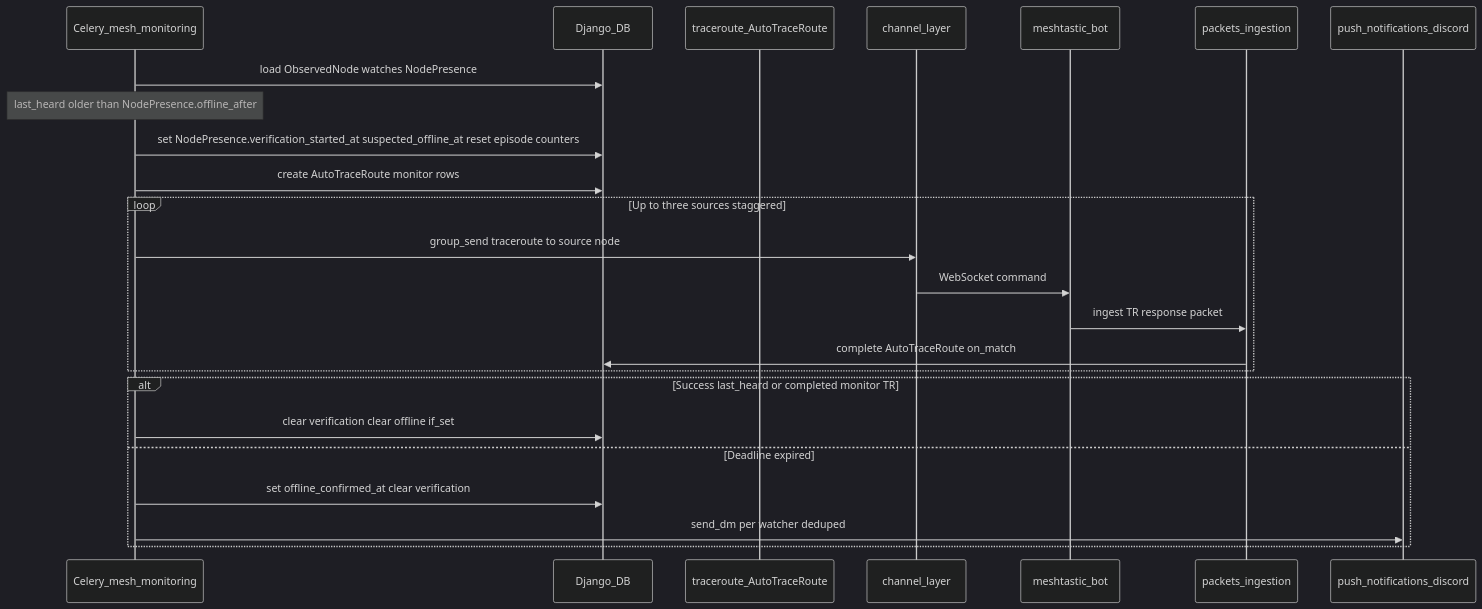
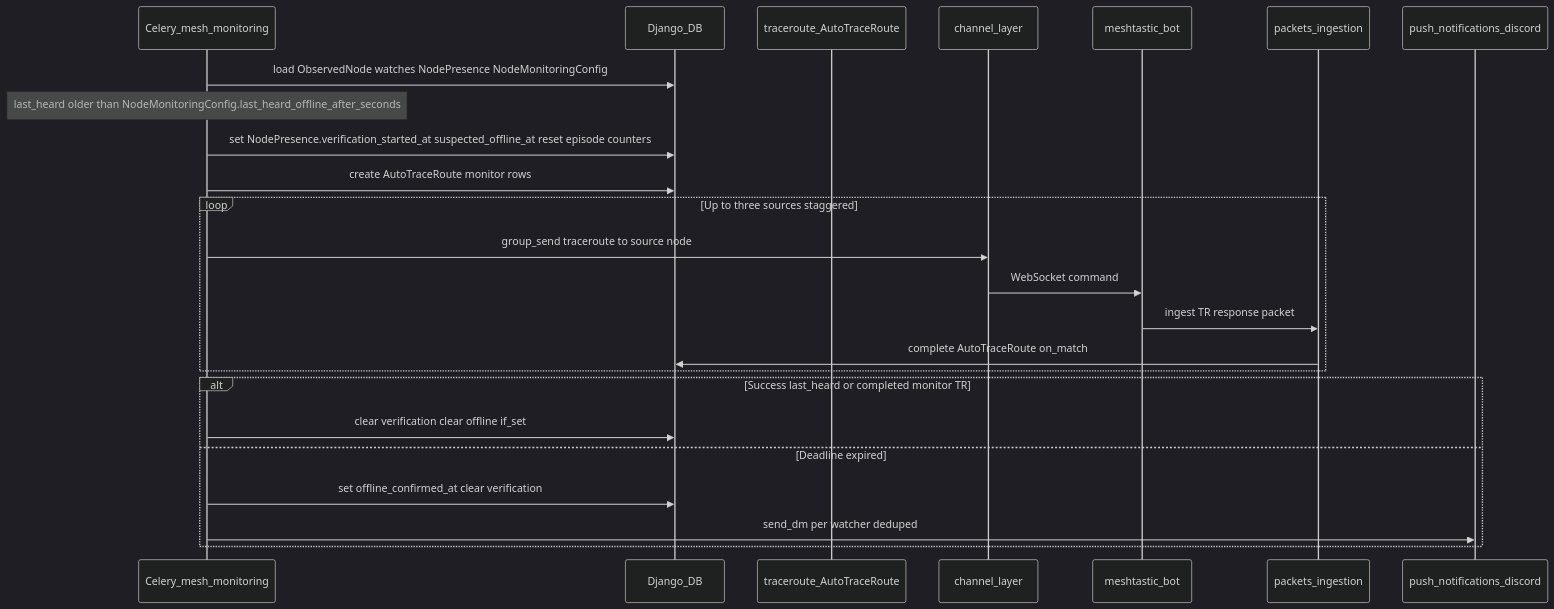
One commit to pskillen/meshflow-api changed the first of 3 diagrams in docs/features/mesh-monitoring/flow.md. Above: the diagram before and after it, drawn with Mermaid (dark theme). The commit also changed other lines of this file and 27 other files, not shown here.

First line of the commit message:
feat(monitoring): configurable battery alerts and node monitoring config

````diff
--- a/docs/features/mesh-monitoring/flow.md
+++ b/docs/features/mesh-monitoring/flow.md
@@ -23,27 +23,27 @@
 ```mermaid
 sequenceDiagram
   participant Celery as Celery_mesh_monitoring
   participant DB as Django_DB
   participant TR as traceroute_AutoTraceRoute
   participant Chan as channel_layer
   participant Bot as meshtastic_bot
   participant Pkt as packets_ingestion
   participant Disc as push_notifications_discord
 
-  Celery->>DB: load ObservedNode watches NodePresence
-  Note over Celery: last_heard older than NodePresence.offline_after
+  Celery->>DB: load ObservedNode watches NodePresence NodeMonitoringConfig
+  Note over Celery: last_heard older than NodeMonitoringConfig.last_heard_offline_after_seconds
   Celery->>DB: set NodePresence.verification_started_at suspected_offline_at reset episode counters
   Celery->>DB: create AutoTraceRoute monitor rows
   loop Up to three sources staggered
     Celery->>Chan: group_send traceroute to source node
     Chan->>Bot: WebSocket command
     Bot->>Pkt: ingest TR response packet
     Pkt->>DB: complete AutoTraceRoute on_match
   end
   alt Success last_heard or completed monitor TR
     Celery->>DB: clear verification clear offline if_set
   else Deadline expired
     Celery->>DB: set offline_confirmed_at clear verification
     Celery->>Disc: send_dm per watcher deduped
   end
 ```
````
